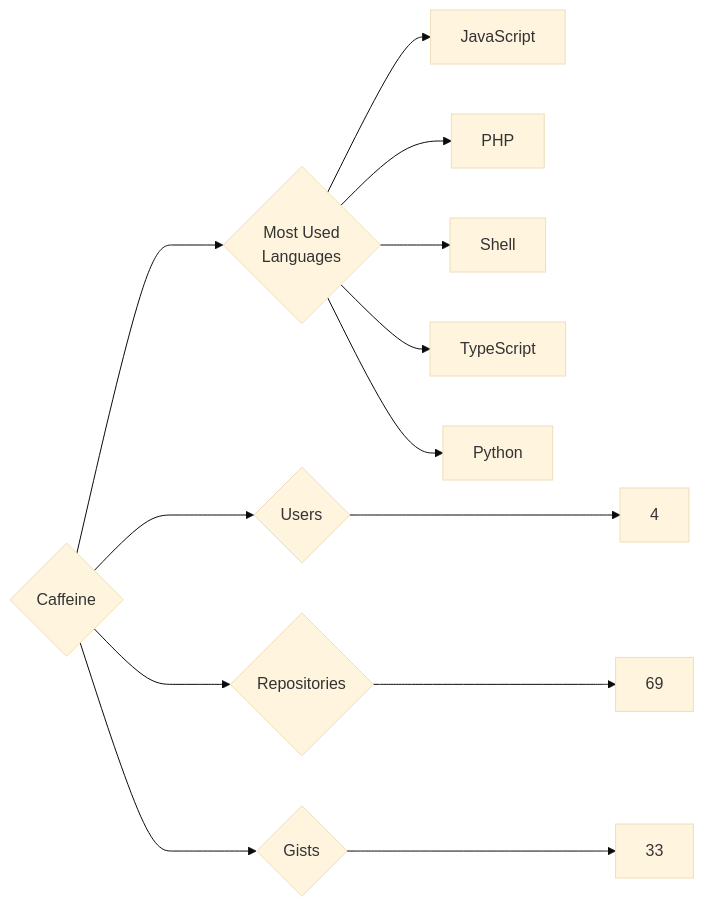
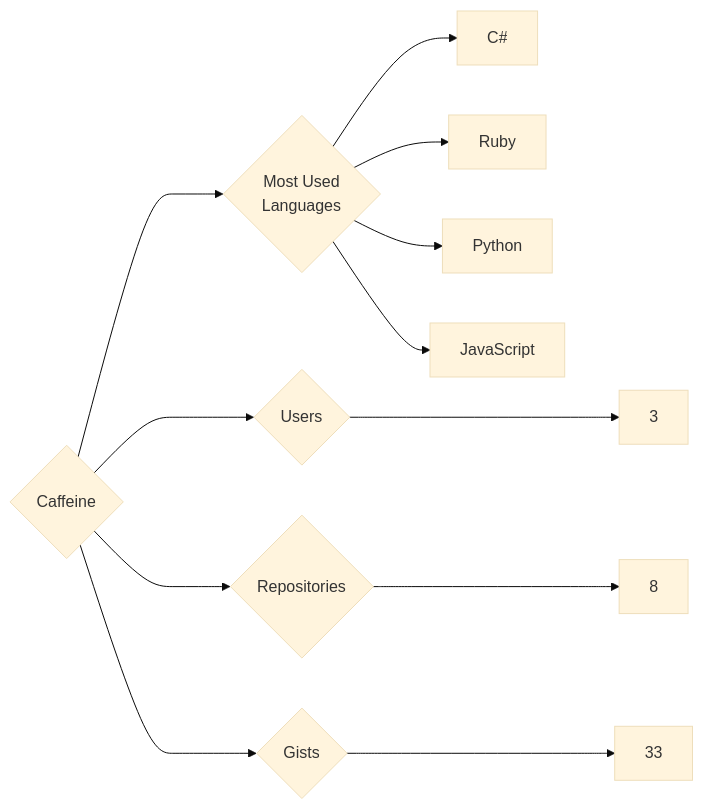
Before and after one commit to trickest/insiders: the diagram in targets/Caffeine/README.md, drawn with Mermaid (base theme). The commit also changed 1078 other files, not shown here.

````diff
--- a/targets/Caffeine/README.md
+++ b/targets/Caffeine/README.md
@@ -3,13 +3,12 @@
 ```mermaid
 graph LR
 COMPANY_NAME{Caffeine}
-COMPANY_NAME ---> U{Users} ---> UN[4]
-COMPANY_NAME ---> R{Repositories} ---> RN[69]
+COMPANY_NAME ---> U{Users} ---> UN[3]
+COMPANY_NAME ---> R{Repositories} ---> RN[8]
 COMPANY_NAME ---> G{Gists} ---> GN[33]
 COMPANY_NAME ---> ML{Most Used<br>Languages}
+ML --> C#[C#]
+ML --> Ruby[Ruby]
+ML --> Python[Python]
 ML --> JavaScript[JavaScript]
-ML --> PHP[PHP]
-ML --> Shell[Shell]
-ML --> TypeScript[TypeScript]
-ML --> Python[Python]
 ```
````
